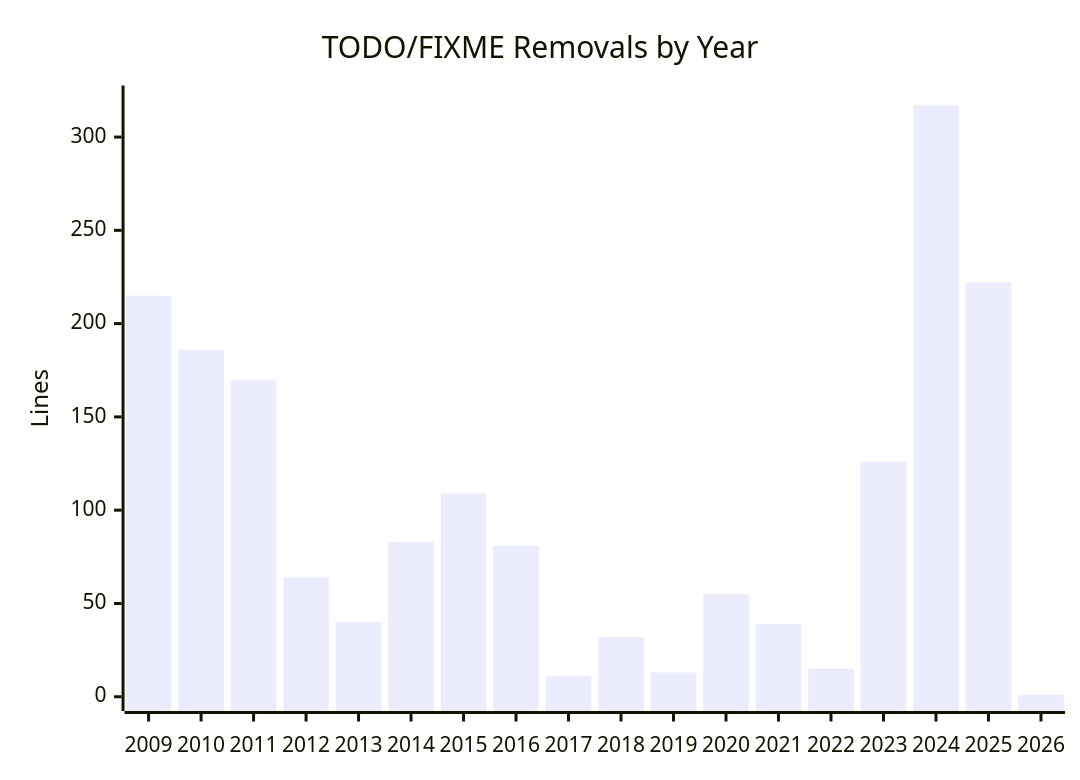
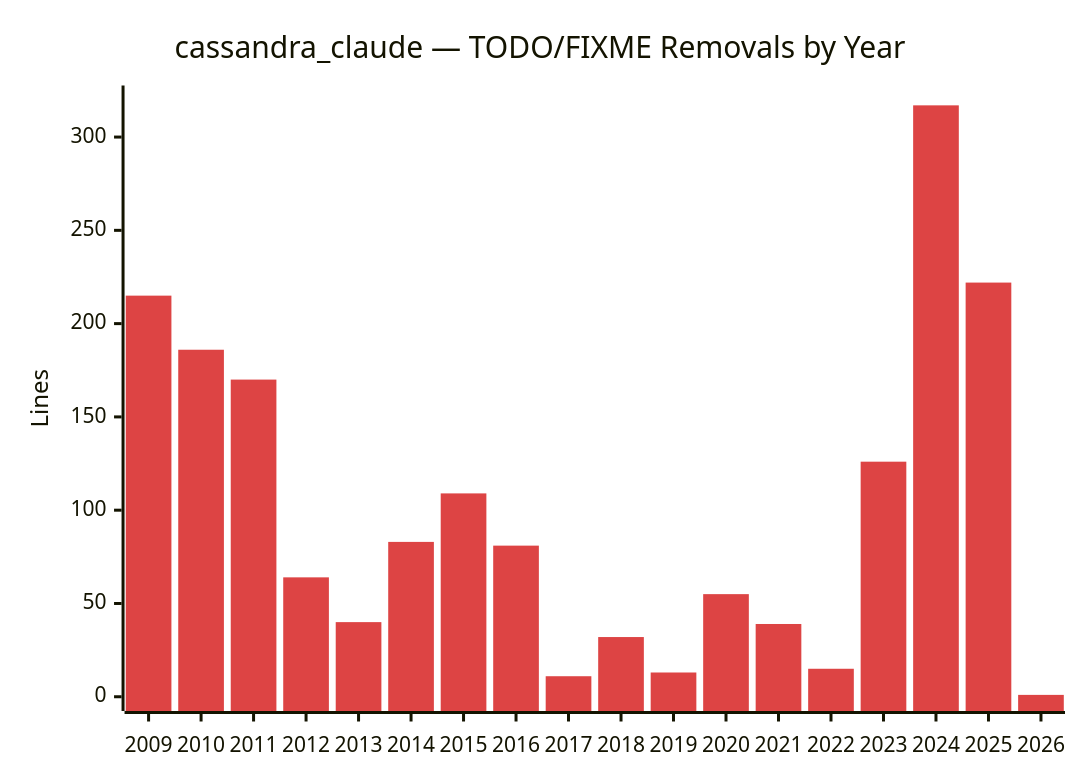
Before and after one commit to Mmuzaf/cassandra: the third of 7 diagrams in todo_analysis.md, drawn with Mermaid. The commit also changed other lines of this file, not shown here.

````diff
--- a/todo_analysis.md
+++ b/todo_analysis.md
@@ -20,7 +34,8 @@
 ```mermaid
+%%{init: {'theme': 'base', 'themeVariables': {'xyChart': {'plotColorPalette': '#dd4444'}}}}%%
 xychart-beta
-    title "TODO/FIXME Removals by Year"
+    title "cassandra_claude — TODO/FIXME Removals by Year"
     x-axis [2009, 2010, 2011, 2012, 2013, 2014, 2015, 2016, 2017, 2018, 2019, 2020, 2021, 2022, 2023, 2024, 2025, 2026]
     y-axis "Lines" 0 --> 320
     bar [215, 186, 170, 64, 40, 83, 109, 81, 11, 32, 13, 55, 39, 15, 126, 317, 222, 1]
 ```
````
